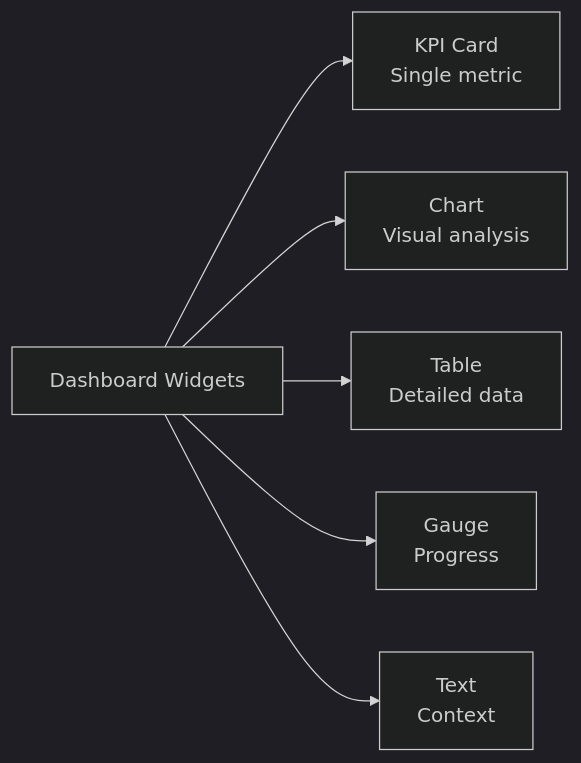
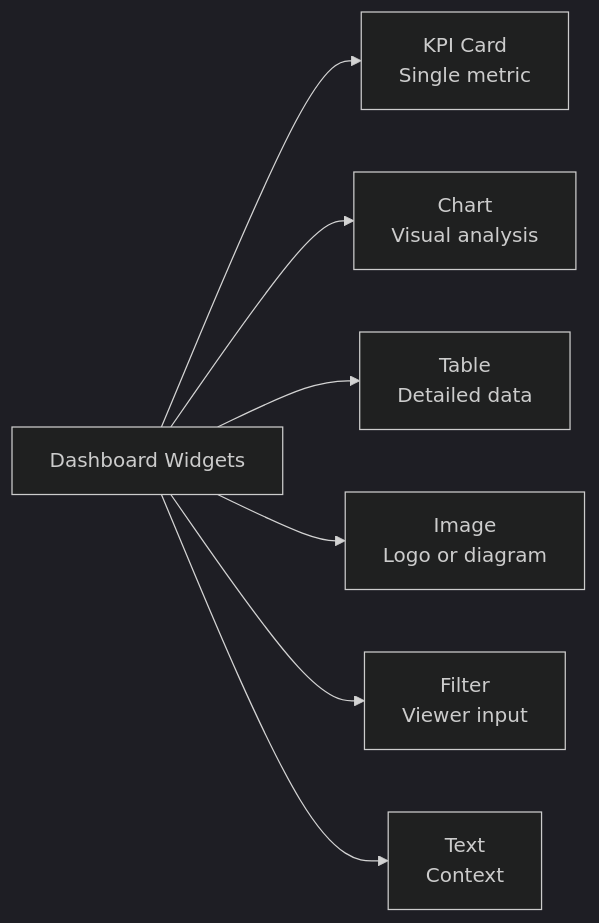
One commit to kengio/databricks-certification-study-guide changed the second of 2 diagrams in certifications/data-analyst-associate/02-creating-dashboards-and-visualizations/01-dashboards.md. Above: the diagram before and after it, drawn with Mermaid (dark theme). The commit also changed other lines of this file and 66 other files, not shown here.

````diff
--- a/certifications/data-analyst-associate/02-creating-dashboards-and-visualizations/01-dashboards.md
+++ b/certifications/data-analyst-associate/02-creating-dashboards-and-visualizations/01-dashboards.md
@@ -81,10 +111,11 @@
 ```mermaid
 flowchart LR
     Widgets["Dashboard Widgets"]
 
     Widgets --> KPI["KPI Card<br/>Single metric"]
     Widgets --> Chart["Chart<br/>Visual analysis"]
     Widgets --> Table["Table<br/>Detailed data"]
-    Widgets --> Gauge["Gauge<br/>Progress"]
+    Widgets --> Image["Image<br/>Logo or diagram"]
+    Widgets --> Filter["Filter<br/>Viewer input"]
     Widgets --> Text["Text<br/>Context"]
 ```
````
